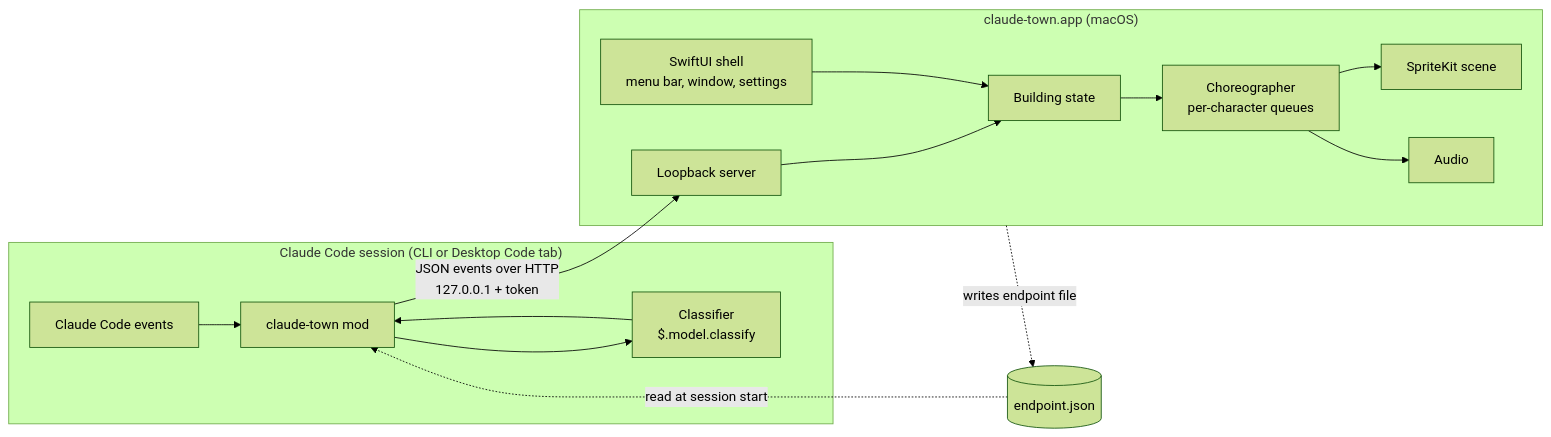
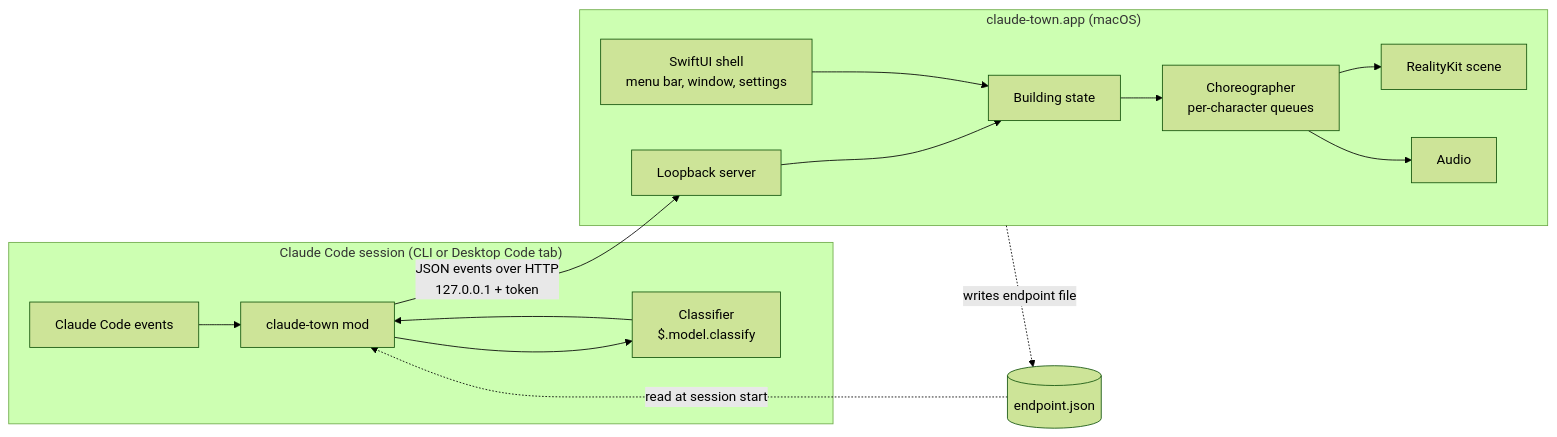
Before and after one commit to samsonchen/agent-town: the diagram in docs/architecture.md, drawn with Mermaid (forest theme). The commit also changed other lines of this file and 4 other files, not shown here.

Commit message:
Docs: switch art to Kenney 3D models rendered with RealityKit

````diff
--- a/docs/architecture.md
+++ b/docs/architecture.md
@@ -5,18 +5,18 @@
 ```mermaid
 flowchart LR
   subgraph CC["Claude Code session (CLI or Desktop Code tab)"]
     E[Claude Code events] --> M[claude-town mod]
     M --> C[Classifier<br/>$.model.classify]
     C --> M
   end
   M -- "JSON events over HTTP<br/>127.0.0.1 + token" --> S
   subgraph APP["claude-town.app (macOS)"]
     S[Loopback server] --> ST[Building state]
     ST --> CH[Choreographer<br/>per-character queues]
-    CH --> SC[SpriteKit scene]
+    CH --> SC[RealityKit scene]
     CH --> AU[Audio]
     UI[SwiftUI shell<br/>menu bar, window, settings] --> ST
   end
   APP -. "writes endpoint file" .-> F[(endpoint.json)]
   F -. "read at session start" .-> M
 ```
````
